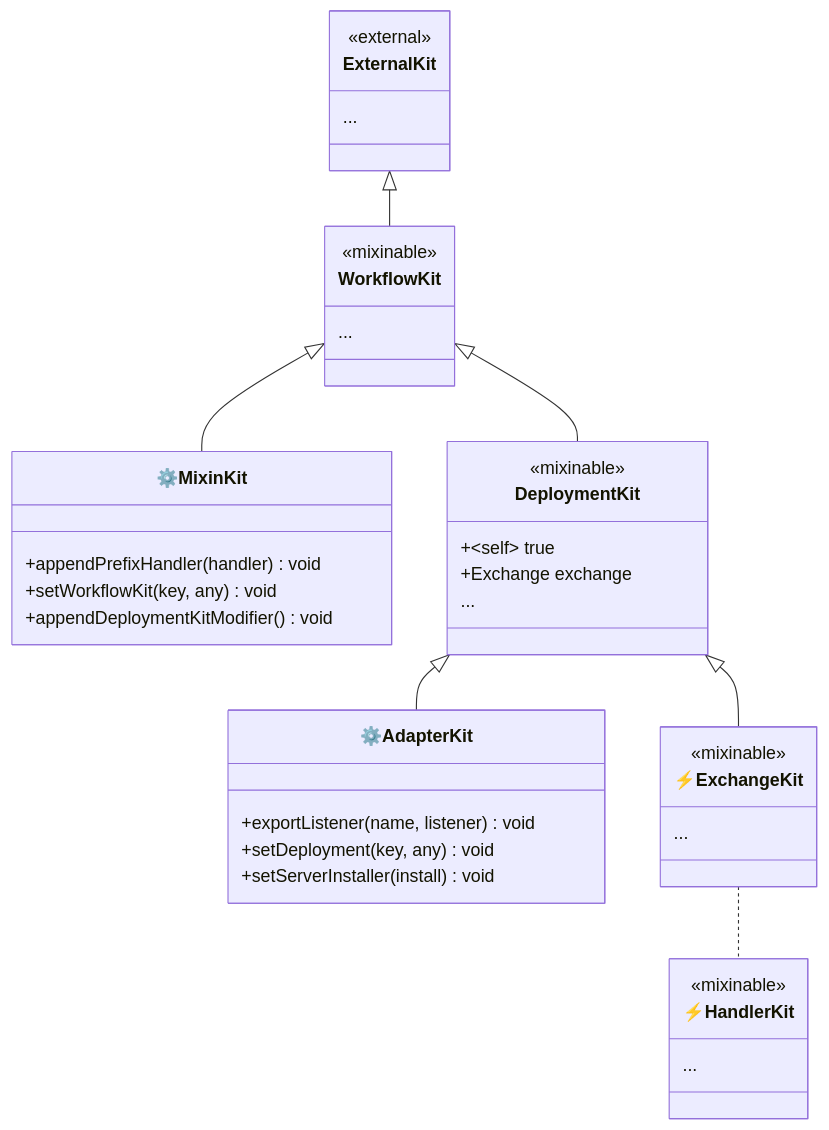
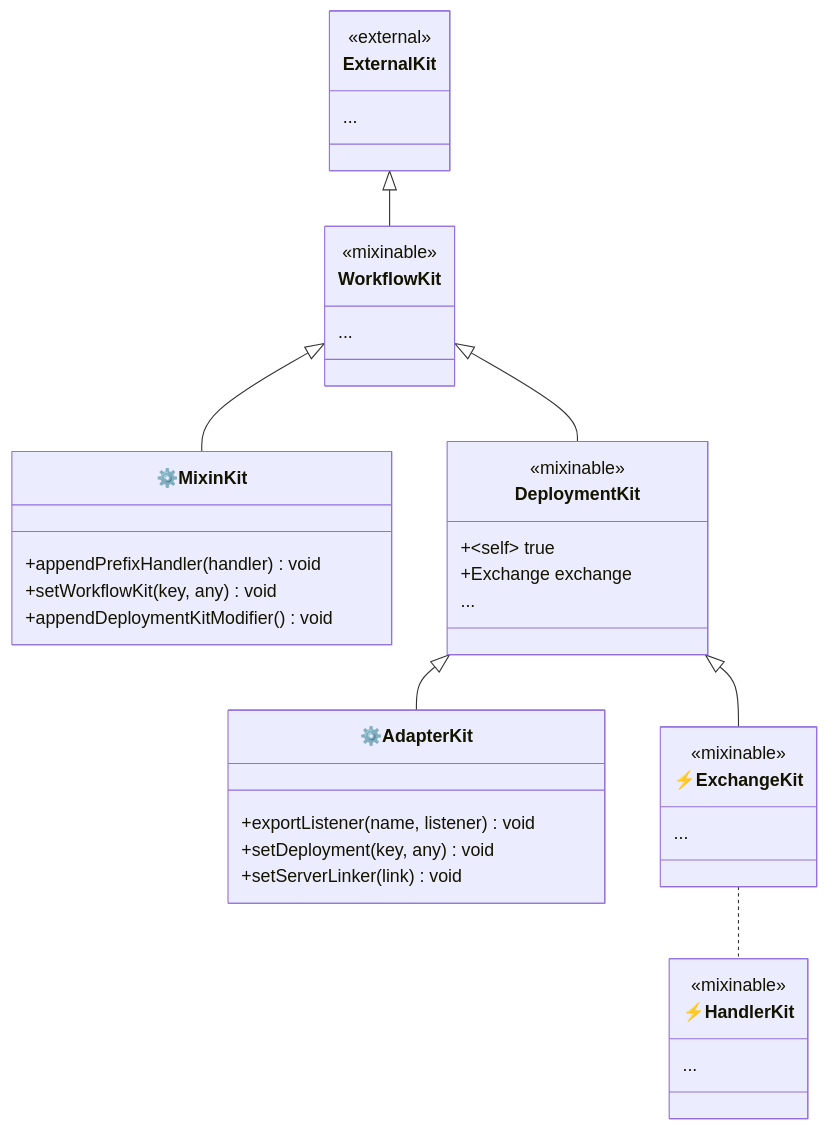
One commit to produck/kitty changed the diagram in packages/workflow/DESIGN.md. Above: the diagram before and after it, drawn with Mermaid. The commit also changed other lines of this file and 5 other files, not shown here.

````diff
--- a/packages/workflow/DESIGN.md
+++ b/packages/workflow/DESIGN.md
@@ -104,43 +109,43 @@
 ```mermaid
 classDiagram
   class ExternalKit {
     <<external>>
     ...
   }
   class WorkflowKit {
     <<mixinable>>
     ...
   }
   class MixinKit["⚙️MixinKit"] {
     +appendPrefixHandler(handler) void
     +setWorkflowKit(key, any) void
     +appendDeploymentKitModifier() void
   }
   class DeploymentKit {
     <<mixinable>>
     +~self~ true
     +Exchange exchange
     ...
   }
   class AdapterKit["⚙️AdapterKit"] {
     +exportListener(name, listener) void
     +setDeployment(key, any) void
-    +setServerInstaller(install) void
+    +setServerLinker(link) void
   }
   class ExchangeKit["⚡ExchangeKit"] {
     <<mixinable>>
     ...
   }
   class HandlerKit["⚡HandlerKit"] {
     <<mixinable>>
     ...
   }
 
   ExternalKit <|-- WorkflowKit
   WorkflowKit <|-- MixinKit
   WorkflowKit <|-- DeploymentKit
   DeploymentKit <|-- ExchangeKit
   DeploymentKit <|-- AdapterKit
   ExchangeKit .. HandlerKit
 
 ```
````
